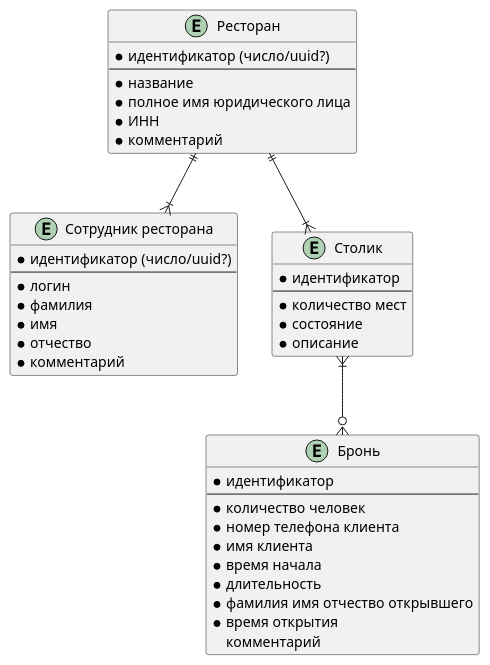
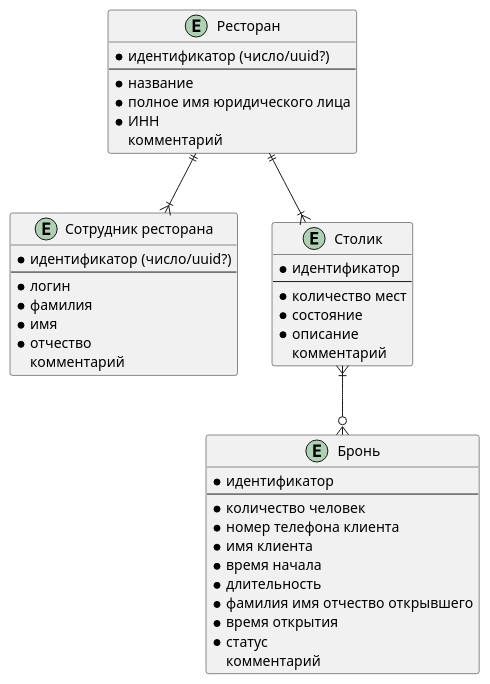
One commit to PavelPutin/restobook changed the diagram in documentation/диаграммы/restobook-entities.pu. Above: the diagram before and after it, drawn with PlantUML. The commit also changed 6 other files, not shown here.

Commit message:
fix: rewrote system classes diagram

```diff
--- a/documentation/диаграммы/restobook-entities.pu
+++ b/documentation/диаграммы/restobook-entities.pu
@@ -1,51 +1,53 @@
 @startuml Диаграмма сущностей
 
 ' title
 ' [ER diagram] Сущности в проекте "Restobook"
 ' end title
 
 entity "Ресторан" {
     * идентификатор (число/uuid?)
     --
     * название
     * полное имя юридического лица
     * ИНН
-    * комментарий
+    комментарий
 }
 
 entity "Сотрудник ресторана" {
     * идентификатор (число/uuid?)
     --
     * логин
     * фамилия
     * имя
     * отчество
-    * комментарий
+    комментарий
 }
 
 entity "Столик" {
     * идентификатор
     --
     * количество мест
     * состояние
     * описание
+    комментарий
 }
 
 entity "Бронь" {
     * идентификатор
     --
     * количество человек
     * номер телефона клиента
     * имя клиента
     * время начала
     * длительность
     * фамилия имя отчество открывшего
     * время открытия
+    * статус
     комментарий
 }
 
 "Ресторан" ||--|{ "Сотрудник ресторана"
 "Ресторан" ||--|{ "Столик"
 "Столик" }|--o{ "Бронь"
 
 @enduml
```
